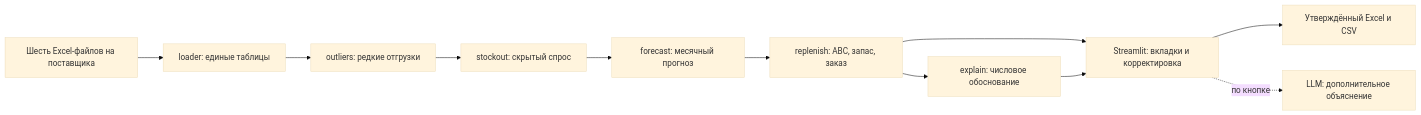
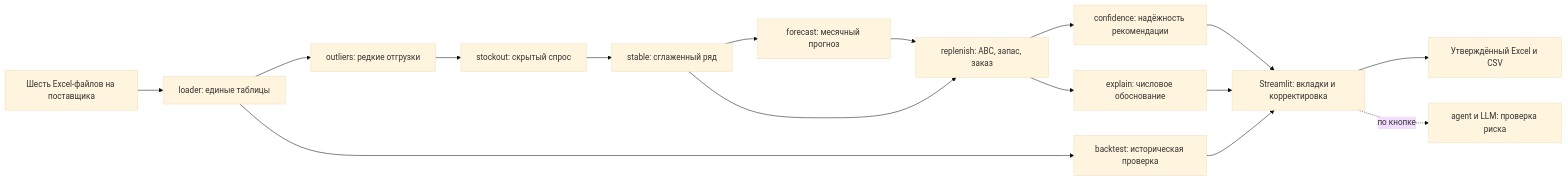
One commit to BAITC-Hacks/hack-1c4513ed-aday changed the diagram in README.md. Above: the diagram before and after it, drawn with Mermaid (base theme). The commit also changed other lines of this file and 3 other files, not shown here.

````diff
--- a/README.md
+++ b/README.md
@@ -42,13 +74,18 @@
 ```mermaid
 flowchart LR
     X[Шесть Excel-файлов на поставщика] --> L[loader: единые таблицы]
     L --> O[outliers: редкие отгрузки]
     O --> S[stockout: скрытый спрос]
-    S --> F[forecast: месячный прогноз]
+    S --> T[stable: сглаженный ряд]
+    T --> F[forecast: месячный прогноз]
     F --> R[replenish: ABC, запас, заказ]
-    R --> U[Streamlit: вкладки и корректировка]
+    T --> R
+    R --> C[confidence: надёжность рекомендации]
+    C --> U[Streamlit: вкладки и корректировка]
     R --> E[explain: числовое обоснование]
     E --> U
     U --> W[Утверждённый Excel и CSV]
-    U -. по кнопке .-> A[LLM: дополнительное объяснение]
+    L --> B[backtest: историческая проверка]
+    B --> U
+    U -. по кнопке .-> A[agent и LLM: проверка риска]
 ```
````
